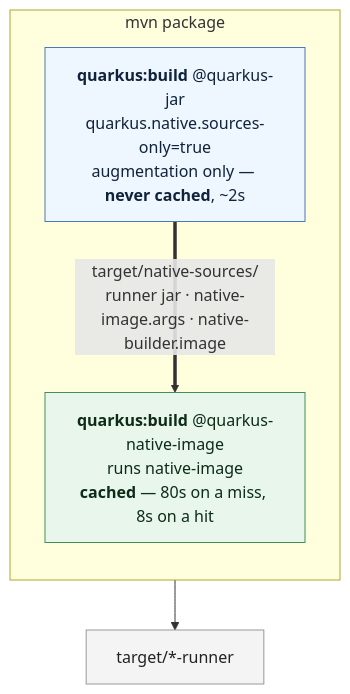
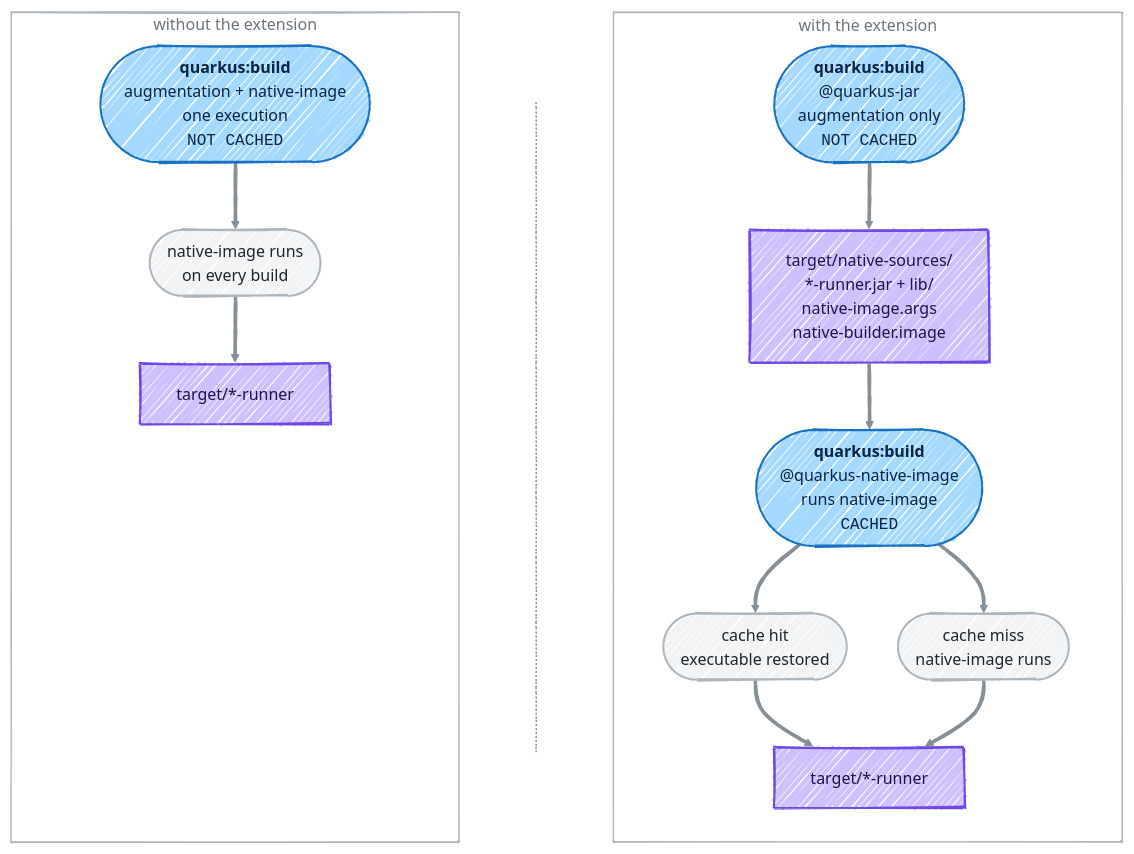
Before and after one commit to gradle/quarkus-build-caching-extension: the diagram in README.md, drawn with Mermaid.

Commit message:
Give the README diagram a hand-drawn look
Mermaid's handDrawn look renders through rough.js, the same family
Excalidraw uses, so the schema reads as a sketch rather than a
generated box chart.

The diagram is a before/after: one section for the single execution,
one for the split, separated by a dotted rule and ending in the same
runner. Goal executions are blue rounded nodes and files on disk are
violet squares, so what the first goal hands to the second does not
read as a third goal. The two cacheability markers share one case and
one monospace face. The line colour stays legible on both GitHub themes.

Mermaid sizes a subgraph from its contents, so the two sections are
matched with invisible spacer nodes rather than by any sizing option.
The match is calibrated against this renderer's font metrics and will
be approximate wherever those differ.

Uses stadium node syntax rather than the newer `@{ shape: }` form,
which only parses on Mermaid 11.3 and later. Renderers older than
11.0 ignore `look: handDrawn` and draw the same diagram without the
sketch strokes.

````diff
--- a/README.md
+++ b/README.md
@@ -22,17 +22,64 @@
 ```mermaid
-flowchart TD
-    subgraph pkg["mvn package"]
+---
+config:
+  look: handDrawn
+  theme: base
+  flowchart:
+    curve: basis
+    padding: 18
+    rankSpacing: 40
+    wrappingWidth: 300
+  themeVariables:
+    lineColor: '#868e96'
+    textColor: '#212529'
+    clusterBkg: 'transparent'
+    clusterBorder: '#adb5bd'
+    titleColor: '#6c757d'
+---
+flowchart LR
+    %% WL and SP1/SP2 are invisible spacers: they pad the left section so both
+    %% sections come out the same size. P1..P11 draw the dotted divider between them.
+    subgraph plain["without the extension"]
         direction TB
-        A["<b>quarkus:build</b> @quarkus-jar<br/>quarkus.native.sources-only=true<br/>augmentation only — <b>never cached</b>, ~2s"]
-        B["<b>quarkus:build</b> @quarkus-native-image<br/>runs native-image<br/><b>cached</b> — 80s on a miss, 8s on a hit"]
-        A ==>|"target/native-sources/<br/>runner jar · native-image.args · native-builder.image"| B
+        U(["<b>quarkus:build</b><br/>augmentation + native-image<br/>one execution<br/><code>NOT CACHED</code>"])
+        UO(["native-image runs<br/>on every build"])
+        URUN["target/*-runner"]
+        WL["&nbsp;&nbsp;&nbsp;&nbsp;&nbsp;&nbsp;&nbsp;&nbsp;&nbsp;&nbsp;&nbsp;&nbsp;&nbsp;&nbsp;&nbsp;&nbsp;&nbsp;&nbsp;&nbsp;&nbsp;&nbsp;&nbsp;&nbsp;&nbsp;&nbsp;&nbsp;&nbsp;&nbsp;&nbsp;&nbsp;&nbsp;&nbsp;&nbsp;&nbsp;&nbsp;&nbsp;&nbsp;&nbsp;&nbsp;&nbsp;&nbsp;&nbsp;&nbsp;&nbsp;&nbsp;&nbsp;&nbsp;&nbsp;&nbsp;&nbsp;&nbsp;&nbsp;&nbsp;&nbsp;&nbsp;&nbsp;&nbsp;&nbsp;&nbsp;&nbsp;&nbsp;&nbsp;&nbsp;&nbsp;&nbsp;&nbsp;&nbsp;&nbsp;&nbsp;&nbsp;&nbsp;&nbsp;&nbsp;"]
+        U ==> UO ==> URUN
+        URUN ~~~ SP1
+        SP1 ~~~ SP2
+        SP2 ~~~ WL
     end
-    B --> X["target/*-runner"]
 
-    classDef cheap fill:#eef6ff,stroke:#4a78b8,color:#10233b
-    classDef cached fill:#e8f6ec,stroke:#3f8f5a,color:#0e2b18
-    classDef out fill:#f4f4f4,stroke:#999,color:#222
-    class A cheap
-    class B cached
-    class X out
+    subgraph sep[" "]
+        direction TB
+        P1(" ") -.- P2(" ") -.- P3(" ") -.- P4(" ") -.- P5(" ") -.- P6(" ") -.- P7(" ") -.- P8(" ") -.- P9(" ") -.- P10(" ") -.- P11(" ")
+    end
+
+    subgraph split["with the extension"]
+        direction TB
+        A(["<b>quarkus:build</b><br/>@quarkus-jar<br/>augmentation only<br/><code>NOT CACHED</code>"])
+        H["target/native-sources/<br/>*-runner.jar + lib/<br/>native-image.args<br/>native-builder.image"]
+        B(["<b>quarkus:build</b><br/>@quarkus-native-image<br/>runs native-image<br/><code>CACHED</code>"])
+        HIT(["cache hit<br/>executable restored"])
+        MISS(["cache miss<br/>native-image runs"])
+        RUN["target/*-runner"]
+        A ==> H ==> B
+        B ==> HIT
+        B ==> MISS
+        HIT ==> RUN
+        MISS ==> RUN
+    end
+
+    plain ~~~ sep ~~~ split
+
+    classDef exec fill:#a5d8ff,stroke:#1971c2,stroke-width:2px,color:#0b2545
+    classDef artifact fill:#d0bfff,stroke:#7048e8,stroke-width:2px,color:#20124d
+    classDef outcome fill:#f1f3f5,stroke:#adb5bd,stroke-width:2px,color:#212529
+    classDef blank fill:none,stroke:none,color:transparent
+    class U,A,B exec
+    class H,RUN,URUN artifact
+    class UO,HIT,MISS outcome
+    class SP1,SP2,P1,P2,P3,P4,P5,P6,P7,P8,P9,P10,P11,WL blank
+    style sep fill:none,stroke:none
 ```
````
